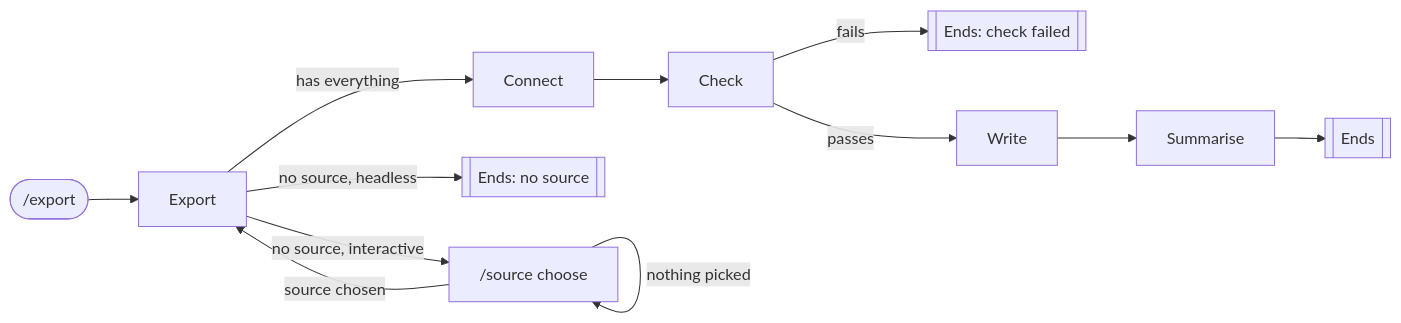
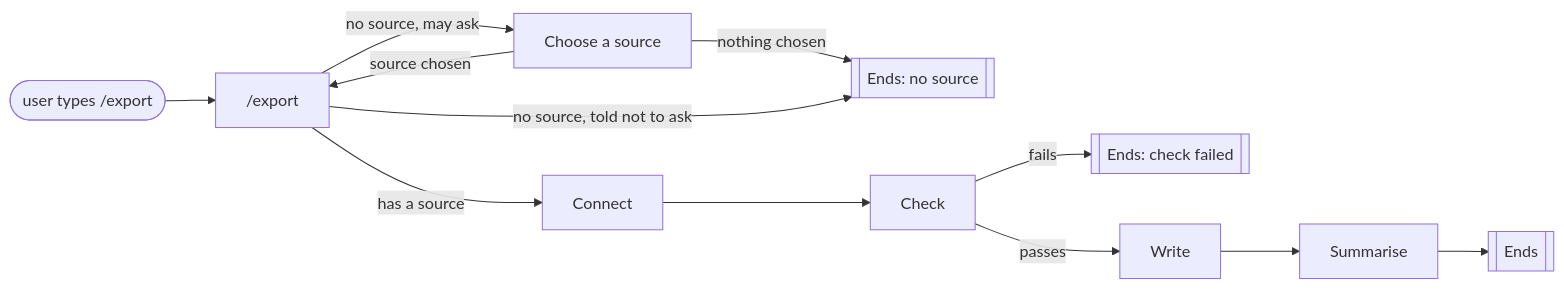
The diagram in docs/concepts/command-stacking.md (KitCli/KitCli), drawn with Mermaid before and after one commit. The commit also changed other lines of this file and 4 other files, not shown here.

````diff
--- a/docs/concepts/command-stacking.md
+++ b/docs/concepts/command-stacking.md
@@ -8,14 +10,14 @@
 ```mermaid
 flowchart LR
-    Ask(["/export"]) --> Export[Export]
-    Export -->|no source, interactive| Choose["/source choose"]
+    Ask(["user types /export"]) --> Export["/export"]
+    Export -->|"no source, may ask"| Choose[Choose a source]
     Choose -->|source chosen| Export
-    Choose -->|nothing picked| Choose
-    Export -->|no source, headless| End1[[Ends: no source]]
-    Export -->|has everything| Connect[Connect]
+    Choose -->|nothing chosen| End1[[Ends: no source]]
+    Export -->|"no source, told not to ask"| End1
+    Export -->|has a source| Connect[Connect]
     Connect --> Check[Check]
     Check -->|fails| End2[[Ends: check failed]]
     Check -->|passes| Write[Write]
     Write --> Summarise[Summarise]
     Summarise --> End3[[Ends]]
 ```
````
